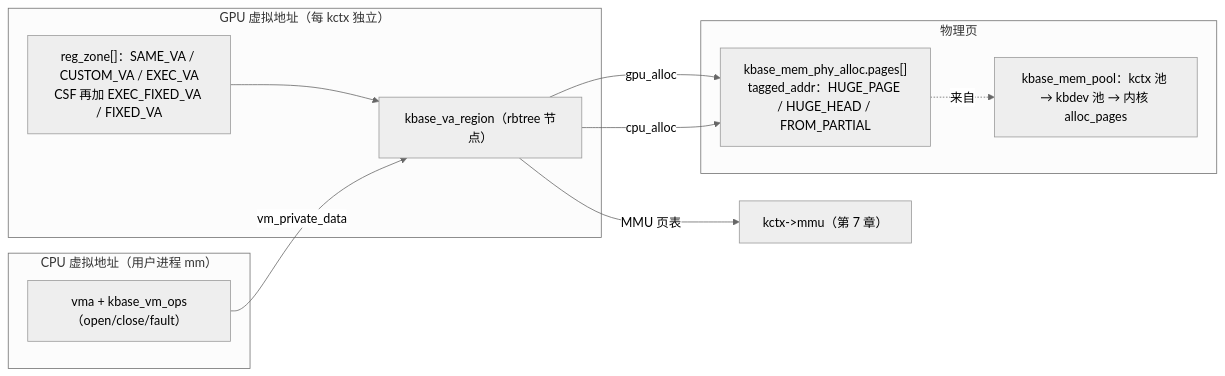
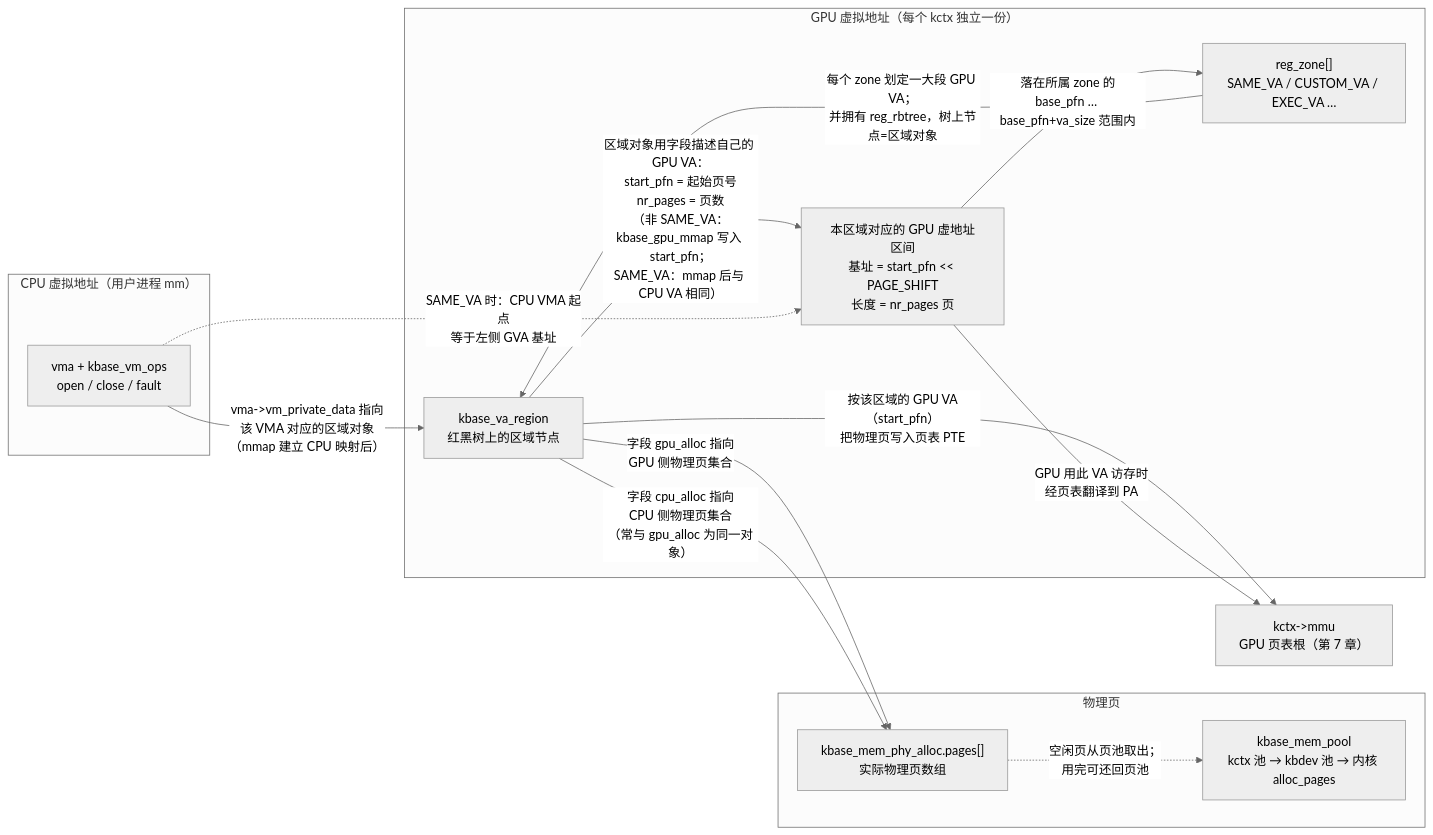
The ninth of 33 diagrams in GPU_DRIVER_ARCHITECTURE.md (firstbird/gpu_graph), drawn with Mermaid (neutral theme) before and after one commit. The commit also changed other lines of this file, not shown here.

First line of the commit message:
docs: 扩充 GPU 架构文档中内存/MMU/fence 等问答结论

````diff
--- a/GPU_DRIVER_ARCHITECTURE.md
+++ b/GPU_DRIVER_ARCHITECTURE.md
@@ -543,20 +655,30 @@
 ```mermaid
 flowchart LR
-  subgraph GPUVA["GPU 虚拟地址（每 kctx 独立）"]
-    Z["reg_zone[]：SAME_VA / CUSTOM_VA / EXEC_VA<br/>CSF 再加 EXEC_FIXED_VA / FIXED_VA"]
-    R["kbase_va_region（rbtree 节点）"]
+  subgraph CPUVA["CPU 虚拟地址（用户进程 mm）"]
+    V["vma + kbase_vm_ops<br/>open / close / fault"]
   end
+
+  subgraph GPUVA["GPU 虚拟地址（每个 kctx 独立一份）"]
+    Z["reg_zone[]<br/>SAME_VA / CUSTOM_VA / EXEC_VA …"]
+    R["kbase_va_region<br/>红黑树上的区域节点"]
+    GVA["本区域对应的 GPU 虚地址区间<br/>基址 = start_pfn << PAGE_SHIFT<br/>长度 = nr_pages 页"]
+  end
+
   subgraph PHYS["物理页"]
-    A["kbase_mem_phy_alloc.pages[]<br/>tagged_addr：HUGE_PAGE / HUGE_HEAD / FROM_PARTIAL"]
-    P["kbase_mem_pool：kctx 池 → kbdev 池 → 内核 alloc_pages"]
+    A["kbase_mem_phy_alloc.pages[]<br/>实际物理页数组"]
+    P["kbase_mem_pool<br/>kctx 池 → kbdev 池 → 内核 alloc_pages"]
   end
-  subgraph CPUVA["CPU 虚拟地址（用户进程 mm）"]
-    V["vma + kbase_vm_ops（open/close/fault）"]
-  end
-  Z --> R
-  R -->|gpu_alloc| A
-  R -->|cpu_alloc| A
-  A -.->|来自| P
-  V -->|vm_private_data| R
-  R -->|MMU 页表| GPUPT["kctx->mmu（第 7 章）"]
+
+  GPUPT["kctx->mmu<br/>GPU 页表根（第 7 章）"]
+
+  Z -->|"每个 zone 划定一大段 GPU VA；<br/>并拥有 reg_rbtree，树上节点=区域对象"| R
+  R -->|"区域对象用字段描述自己的 GPU VA：<br/>start_pfn = 起始页号<br/>nr_pages = 页数<br/>（非 SAME_VA：kbase_gpu_mmap 写入 start_pfn；<br/>SAME_VA：mmap 后与 CPU VA 相同）"| GVA
+  GVA -->|"落在所属 zone 的<br/>base_pfn … base_pfn+va_size 范围内"| Z
+  R -->|"字段 gpu_alloc 指向<br/>GPU 侧物理页集合"| A
+  R -->|"字段 cpu_alloc 指向<br/>CPU 侧物理页集合<br/>（常与 gpu_alloc 为同一对象）"| A
+  A -.->|"空闲页从页池取出；<br/>用完可还回页池"| P
+  V -->|"vma->vm_private_data 指向<br/>该 VMA 对应的区域对象<br/>（mmap 建立 CPU 映射后）"| R
+  V -.->|"SAME_VA 时：CPU VMA 起点<br/>等于左侧 GVA 基址"| GVA
+  R -->|"按该区域的 GPU VA（start_pfn）<br/>把物理页写入页表 PTE"| GPUPT
+  GVA -->|"GPU 用此 VA 访存时<br/>经页表翻译到 PA"| GPUPT
 ```
````
